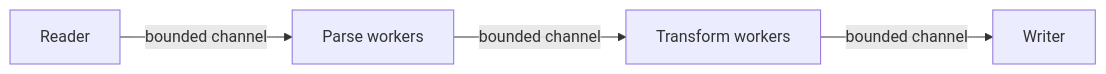
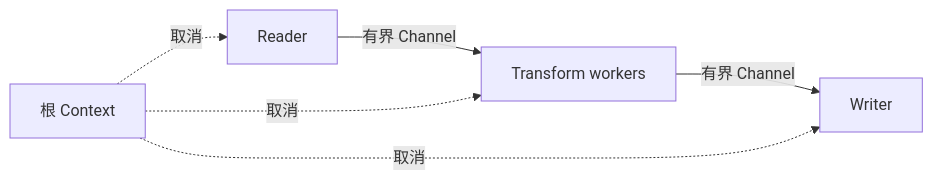
The diagram in docs/backend/go-context-concurrency.md (upJiang/jiang-blog-vitepress), drawn with Mermaid before and after one commit. The commit also changed other lines of this file and 164 other files, not shown here.

````diff
--- a/docs/backend/go-context-concurrency.md
+++ b/docs/backend/go-context-concurrency.md
@@ -86,6 +22,8 @@
 ```mermaid
 flowchart LR
-  A[Reader] -->|bounded channel| B[Parse workers]
-  B -->|bounded channel| C[Transform workers]
-  C -->|bounded channel| D[Writer]
+  A[Reader] -->|有界 Channel| B[Transform workers]
+  B -->|有界 Channel| C[Writer]
+  X[根 Context] -. 取消 .-> A
+  X -. 取消 .-> B
+  X -. 取消 .-> C
 ```
````
